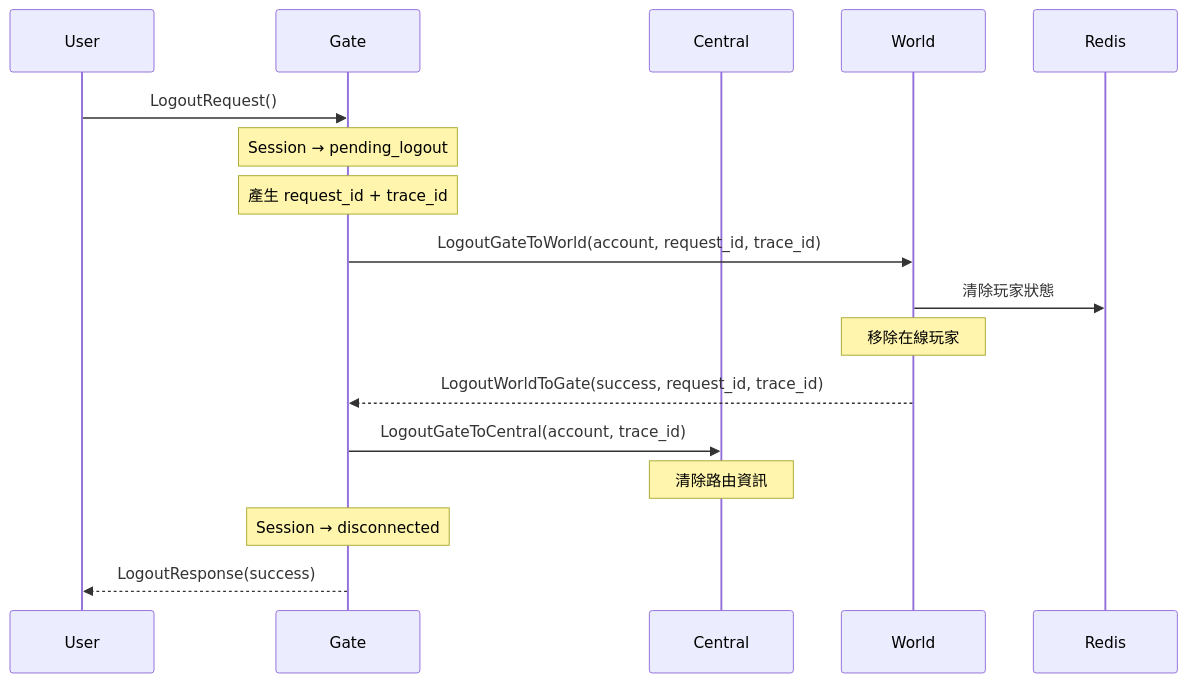
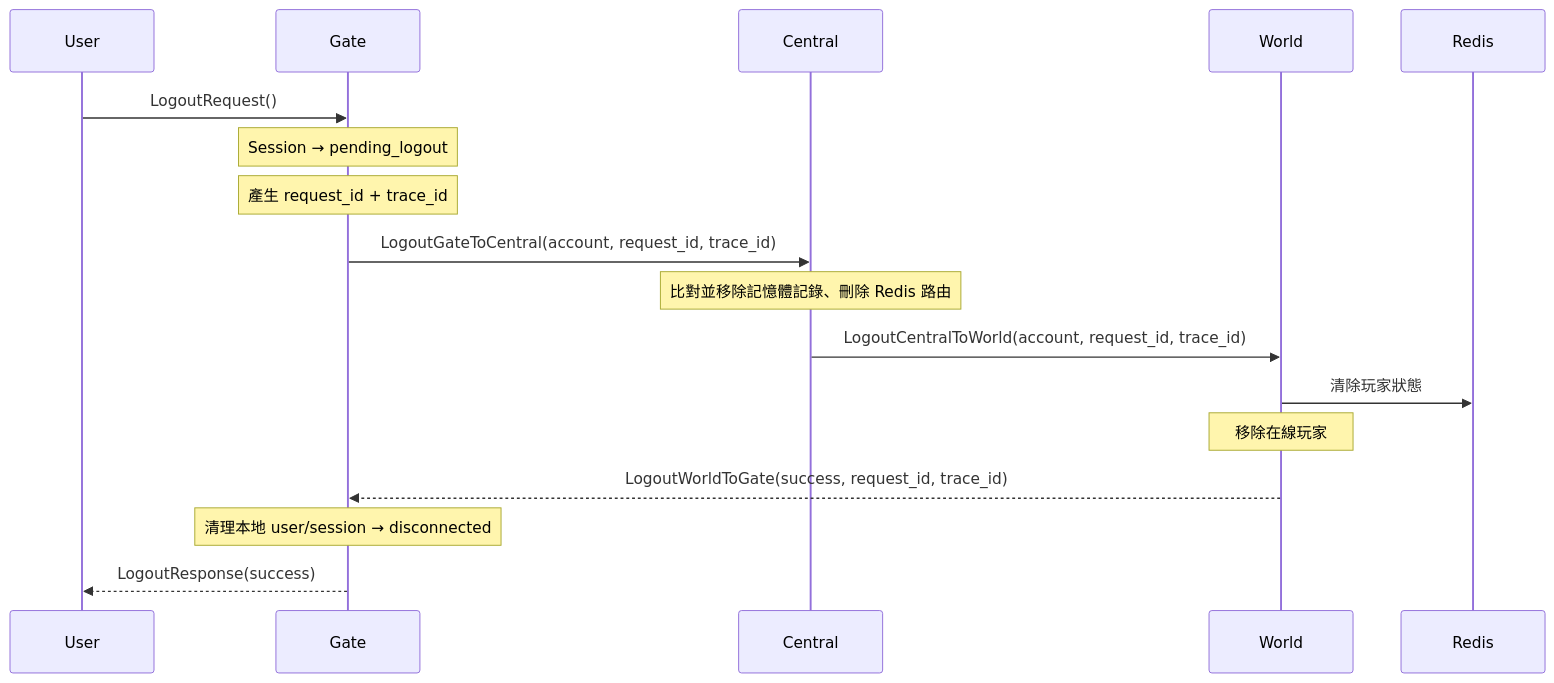
The fourth of 8 diagrams in 10-核心流程/時序圖.md (koebel0521/docs), drawn with Mermaid before and after one commit. The commit also changed other lines of this file, not shown here.

First line of the commit message:
docs: 時序圖對齊目前登入、登出與恢復校驗實作 (DC-M5)

````diff
--- a/10-核心流程/時序圖.md
+++ b/10-核心流程/時序圖.md
@@ -102,23 +104,22 @@
 ```mermaid
 sequenceDiagram
     participant U as User
     participant G as Gate
     participant C as Central
     participant W as World
     participant R as Redis
 
     U->>G: LogoutRequest()
     Note over G: Session → pending_logout
     Note over G: 產生 request_id + trace_id
 
-    G->>W: LogoutGateToWorld(account, request_id, trace_id)
+    G->>C: LogoutGateToCentral(account, request_id, trace_id)
+    Note over C: 比對並移除記憶體記錄、刪除 Redis 路由
+    C->>W: LogoutCentralToWorld(account, request_id, trace_id)
     W->>R: 清除玩家狀態
     Note over W: 移除在線玩家
     W-->>G: LogoutWorldToGate(success, request_id, trace_id)
 
-    G->>C: LogoutGateToCentral(account, trace_id)
-    Note over C: 清除路由資訊
-
-    Note over G: Session → disconnected
+    Note over G: 清理本地 user/session → disconnected
     G-->>U: LogoutResponse(success)
 ```
````
